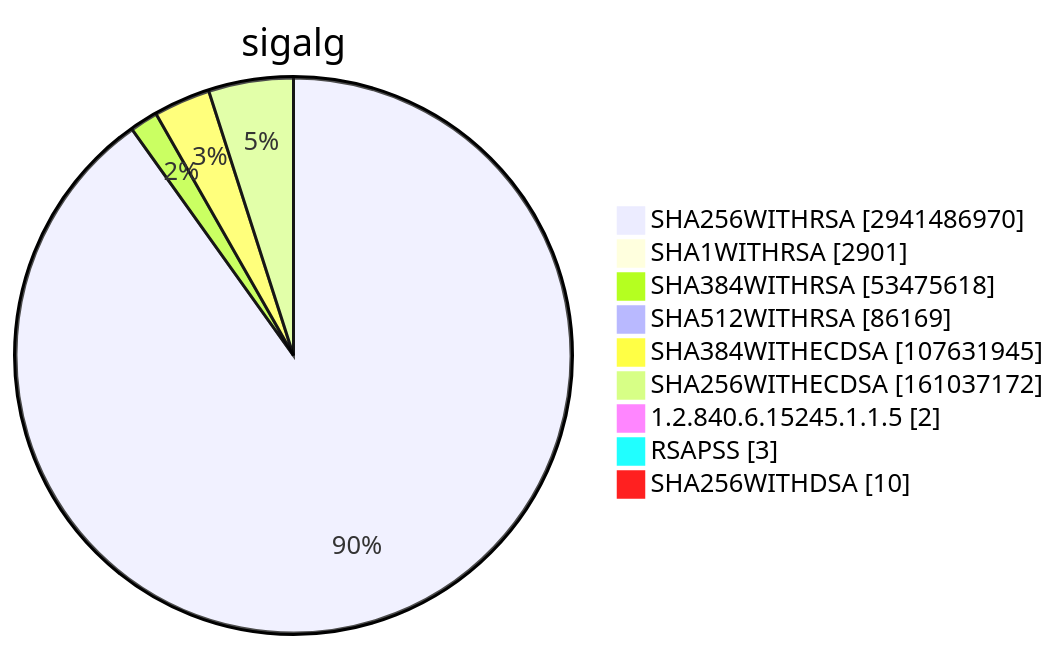
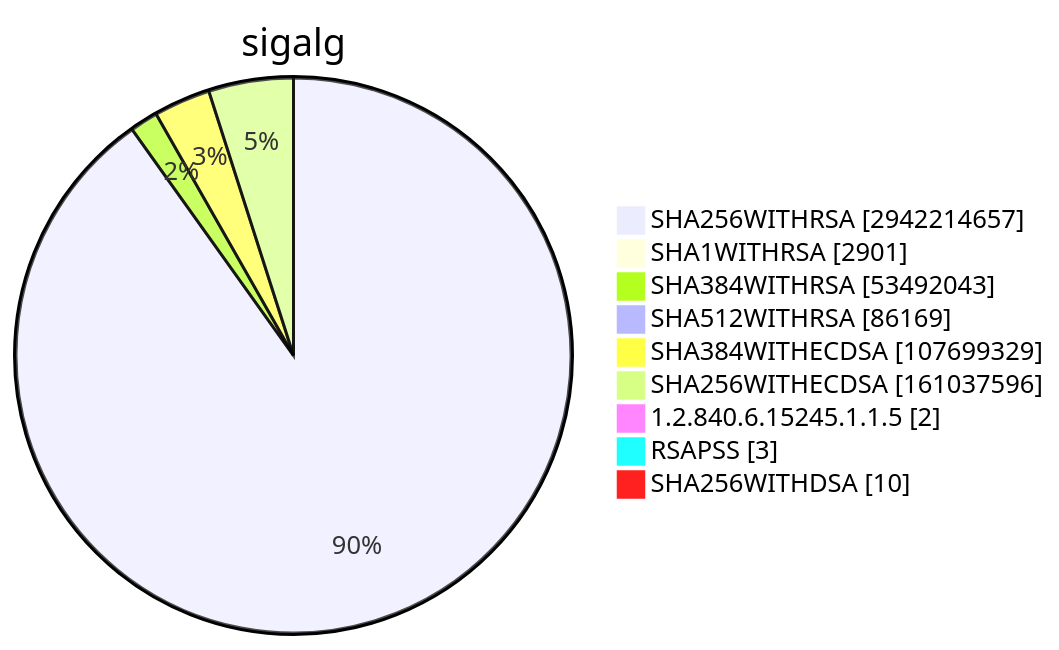
Before and after one commit to christiankrug/ctmonitor_visualization: diagram 15 of 15 in TOTAL/README.md, drawn with Mermaid. The commit also changed other lines of this file, not shown here.

````diff
--- a/TOTAL/README.md
+++ b/TOTAL/README.md
@@ -6207,13 +6207,13 @@
 ```mermaid
 pie showData
 title sigalg
-"SHA256WITHRSA" :2941486970
+"SHA256WITHRSA" :2942214657
 "SHA1WITHRSA" :2901
-"SHA384WITHRSA" :53475618
+"SHA384WITHRSA" :53492043
 "SHA512WITHRSA" :86169
-"SHA384WITHECDSA" :107631945
-"SHA256WITHECDSA" :161037172
+"SHA384WITHECDSA" :107699329
+"SHA256WITHECDSA" :161037596
 "1.2.840.6.15245.1.1.5" :2
 "RSAPSS" :3
 "SHA256WITHDSA" :10
 ```
````
